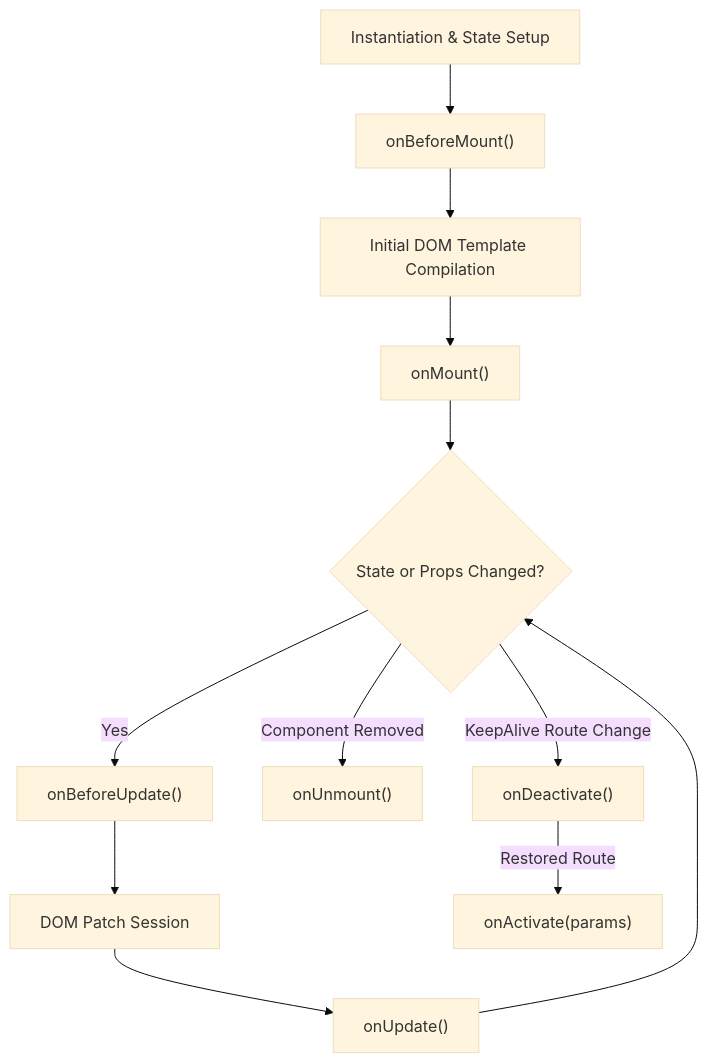
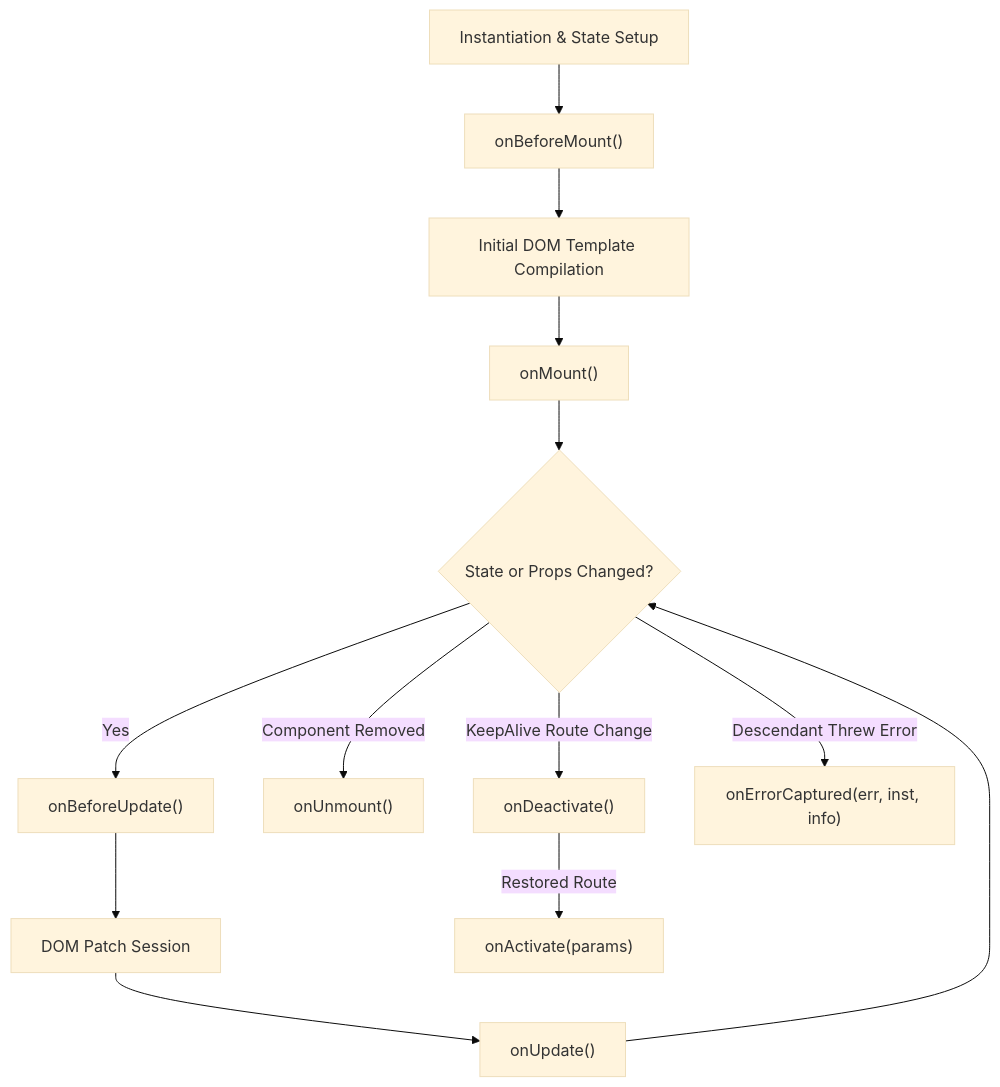
The diagram in docs/src/content/docs/core-concepts/lifecycle-hooks.md (Abhijay-29r/avenx-js), drawn with Mermaid (base theme) before and after one commit. The commit also changed other lines of this file, not shown here.

````diff
--- a/docs/src/content/docs/core-concepts/lifecycle-hooks.md
+++ b/docs/src/content/docs/core-concepts/lifecycle-hooks.md
@@ -12,14 +12,15 @@
 ```mermaid
 graph TD
     A["Instantiation & State Setup"] --> B["onBeforeMount()"]
     B --> C["Initial DOM Template Compilation"]
     C --> D["onMount()"]
     D --> E{"State or Props Changed?"}
     E -- "Yes" --> F["onBeforeUpdate()"]
     F --> G["DOM Patch Session"]
     G --> H["onUpdate()"]
     H --> E
     E -- "Component Removed" --> I["onUnmount()"]
     E -- "KeepAlive Route Change" --> J["onDeactivate()"]
     J -- "Restored Route" --> K["onActivate(params)"]
+    E -- "Descendant Threw Error" --> L["onErrorCaptured(err, inst, info)"]
 ```
````
